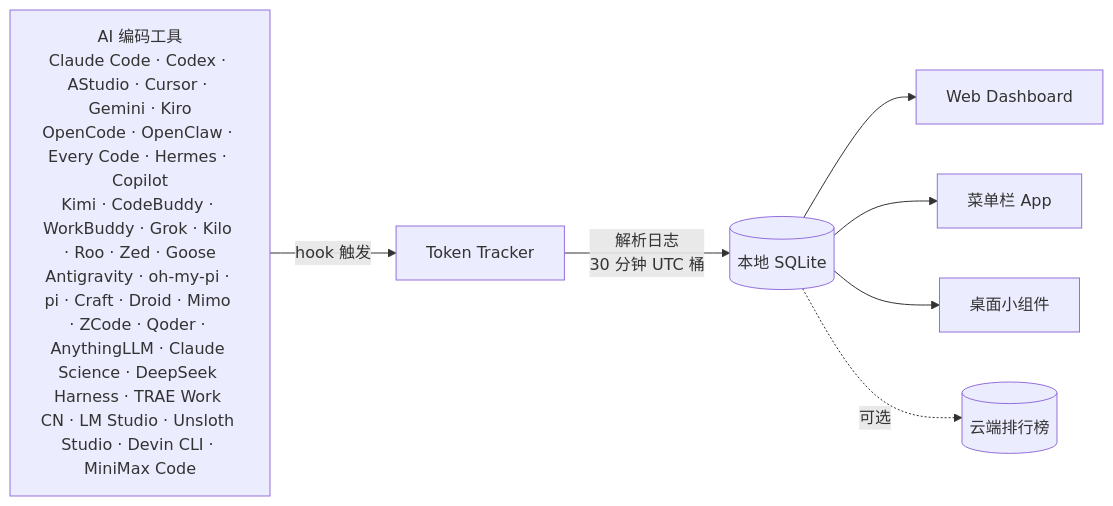
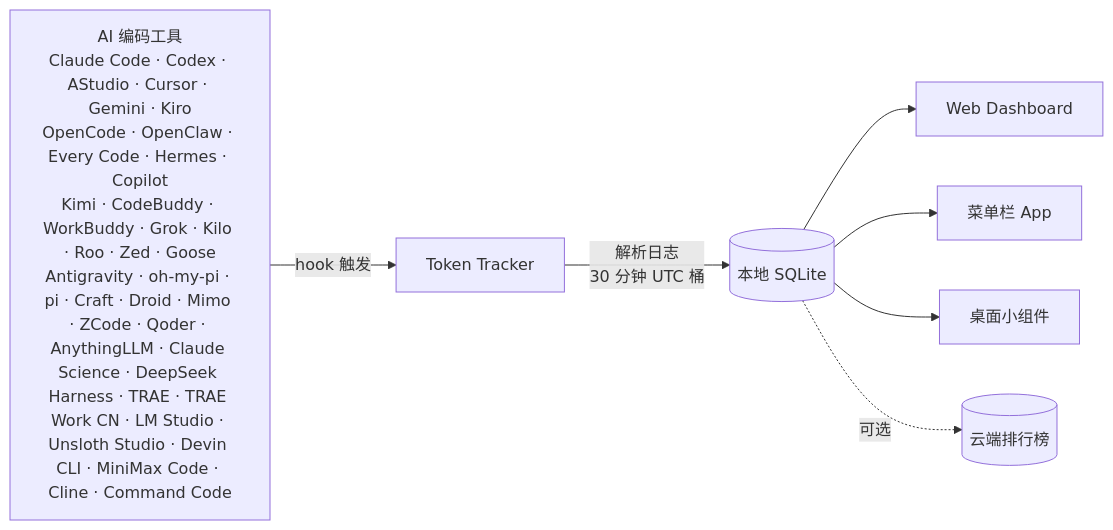
Before and after one commit to 1490459250li-hub/TokenTracker: the diagram in README.zh-CN.md, drawn with Mermaid. The commit also changed other lines of this file and 50 other files, not shown here.

````diff
--- a/README.zh-CN.md
+++ b/README.zh-CN.md
@@ -246,10 +247,10 @@
 ```mermaid
 flowchart LR
-    A["AI 编码工具<br/>Claude Code · Codex · AStudio · Cursor · Gemini · Kiro<br/>OpenCode · OpenClaw · Every Code · Hermes · Copilot<br/>Kimi · CodeBuddy · WorkBuddy · Grok · Kilo · Roo · Zed · Goose<br/>Antigravity · oh-my-pi · pi · Craft · Droid · Mimo · ZCode · Qoder · AnythingLLM · Claude Science · DeepSeek Harness · TRAE Work CN · LM Studio · Unsloth Studio · Devin CLI · MiniMax Code"]
+    A["AI 编码工具<br/>Claude Code · Codex · AStudio · Cursor · Gemini · Kiro<br/>OpenCode · OpenClaw · Every Code · Hermes · Copilot<br/>Kimi · CodeBuddy · WorkBuddy · Grok · Kilo · Roo · Zed · Goose<br/>Antigravity · oh-my-pi · pi · Craft · Droid · Mimo · ZCode · Qoder · AnythingLLM · Claude Science · DeepSeek Harness · TRAE · TRAE Work CN · LM Studio · Unsloth Studio · Devin CLI · MiniMax Code · Cline · Command Code"]
     A -->|hook 触发| B[Token Tracker]
     B -->|解析日志<br/>30 分钟 UTC 桶| C[(本地 SQLite)]
     C --> D[Web Dashboard]
     C --> E[菜单栏 App]
     C --> F[桌面小组件]
     C -.->|可选| G[(云端排行榜)]
 ```
````
